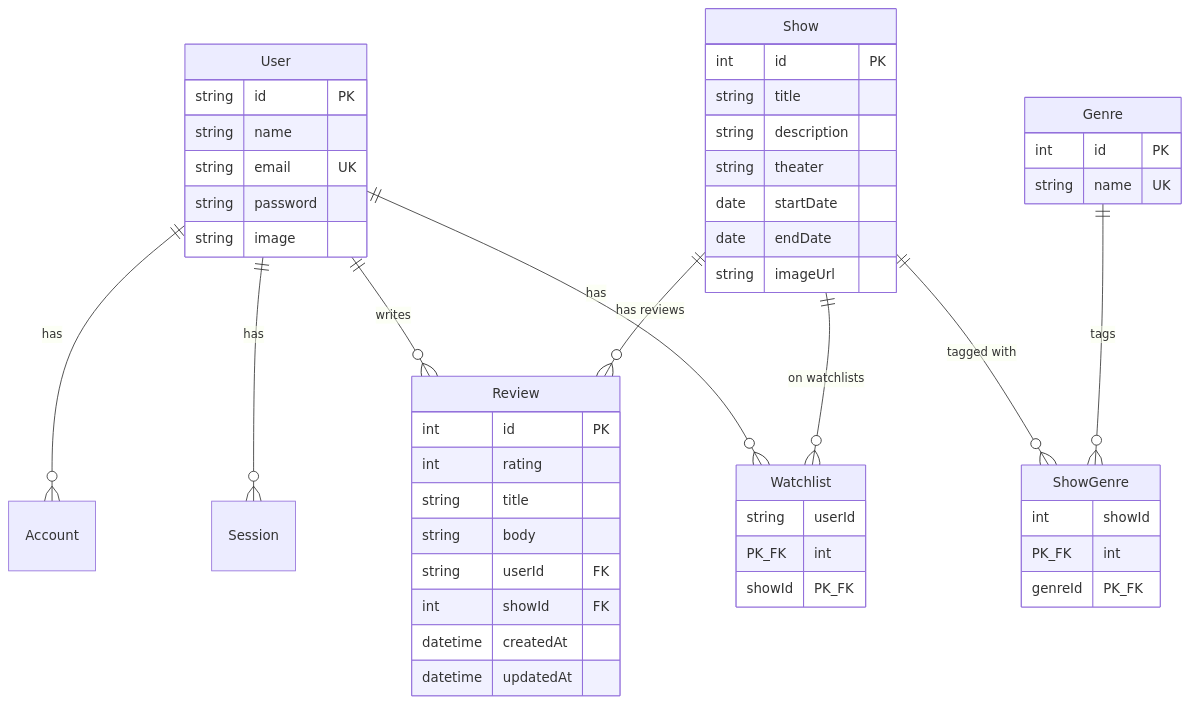
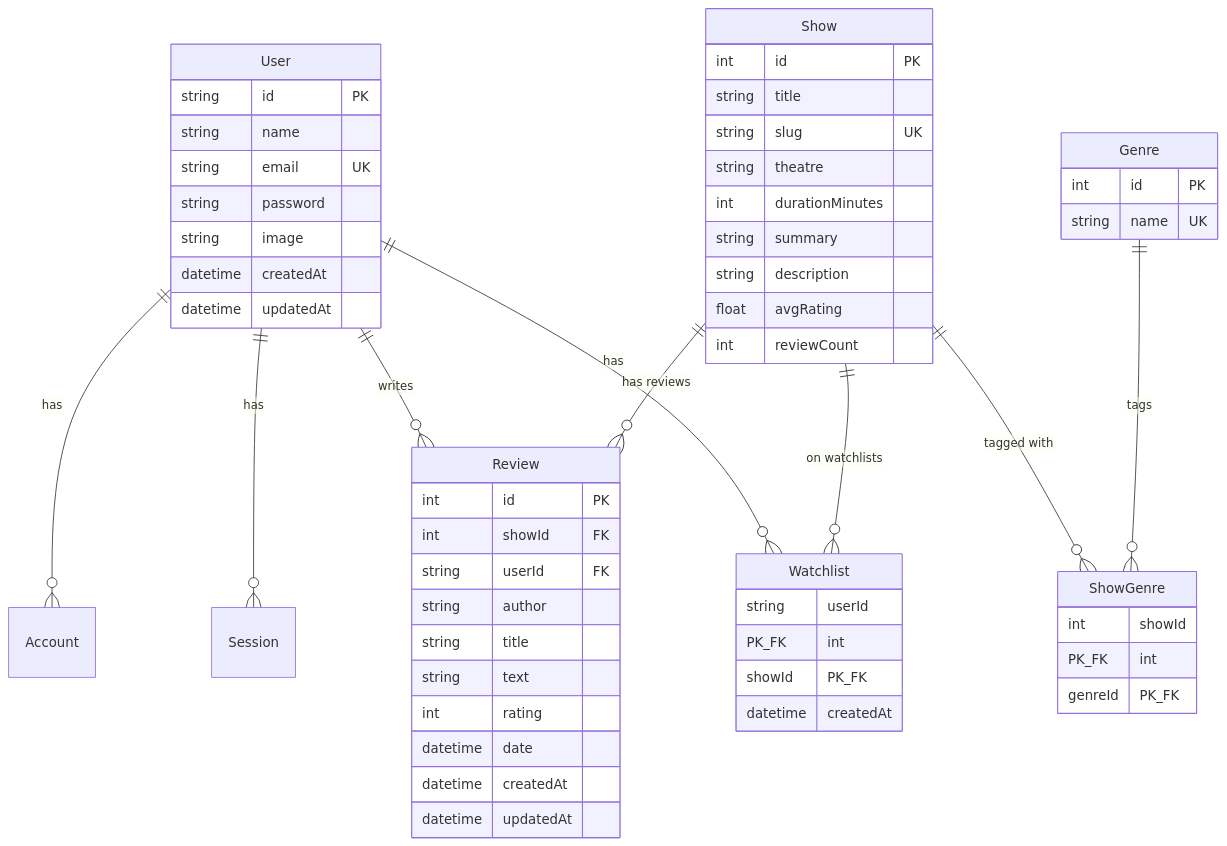
One commit to HeliZakay/theatre-in-israel changed the second of 2 diagrams in SYSTEM_DESIGN.md. Above: the diagram before and after it, drawn with Mermaid. The commit also changed other lines of this file and 14 other files, not shown here.

````diff
--- a/SYSTEM_DESIGN.md
+++ b/SYSTEM_DESIGN.md
@@ -105,56 +105,63 @@
 ```mermaid
 erDiagram
     User ||--o{ Account : has
     User ||--o{ Session : has
     User ||--o{ Review : writes
     User ||--o{ Watchlist : has
 
     Show ||--o{ Review : "has reviews"
     Show ||--o{ Watchlist : "on watchlists"
     Show ||--o{ ShowGenre : "tagged with"
     Genre ||--o{ ShowGenre : "tags"
 
     User {
         string id PK
         string name
         string email UK
         string password
         string image
+        datetime createdAt
+        datetime updatedAt
     }
 
     Show {
         int id PK
         string title
+        string slug UK
+        string theatre
+        int durationMinutes
+        string summary
         string description
-        string theater
-        date startDate
-        date endDate
-        string imageUrl
+        float avgRating
+        int reviewCount
     }
 
     Review {
         int id PK
+        int showId FK
+        string userId FK
+        string author
+        string title
+        string text
         int rating
-        string title
-        string body
-        string userId FK
-        int showId FK
+        datetime date
         datetime createdAt
         datetime updatedAt
     }
 
     Watchlist {
         string userId PK_FK
         int showId PK_FK
+        datetime createdAt
     }
 
     Genre {
         int id PK
         string name UK
     }
 
     ShowGenre {
         int showId PK_FK
         int genreId PK_FK
     }
 ```
````
